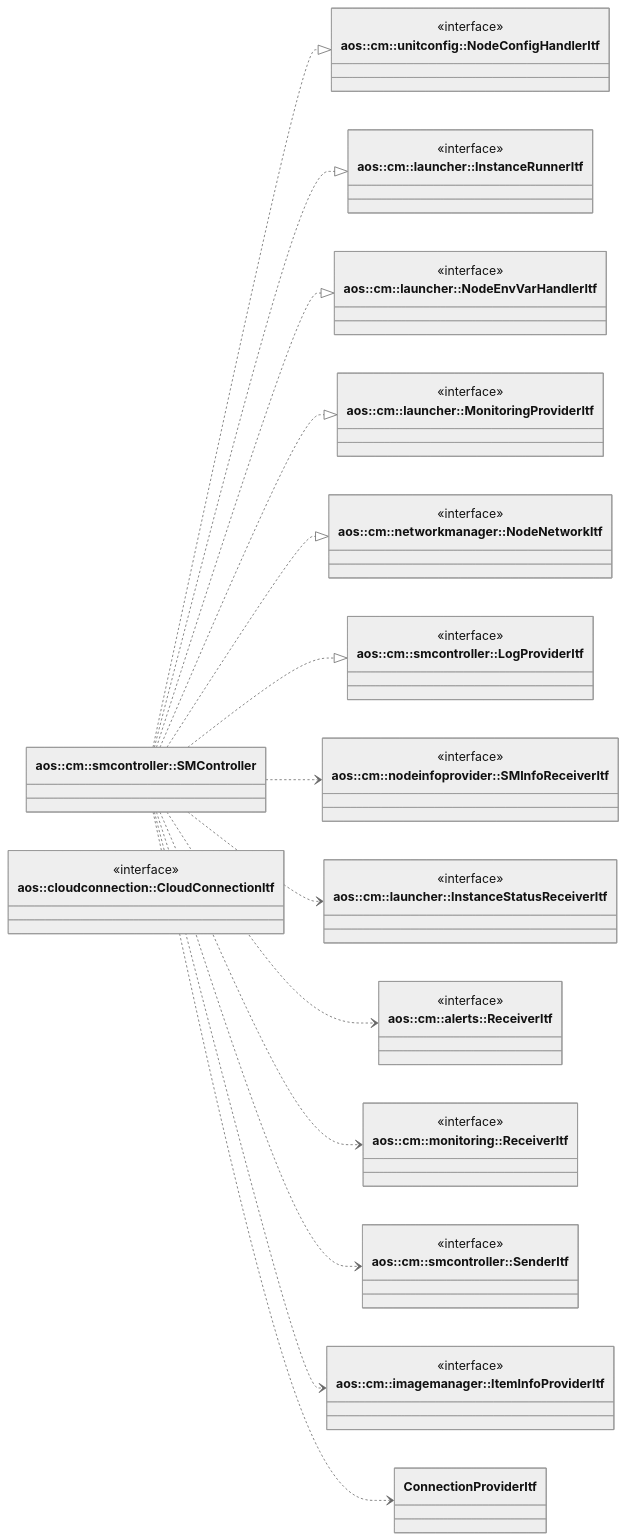
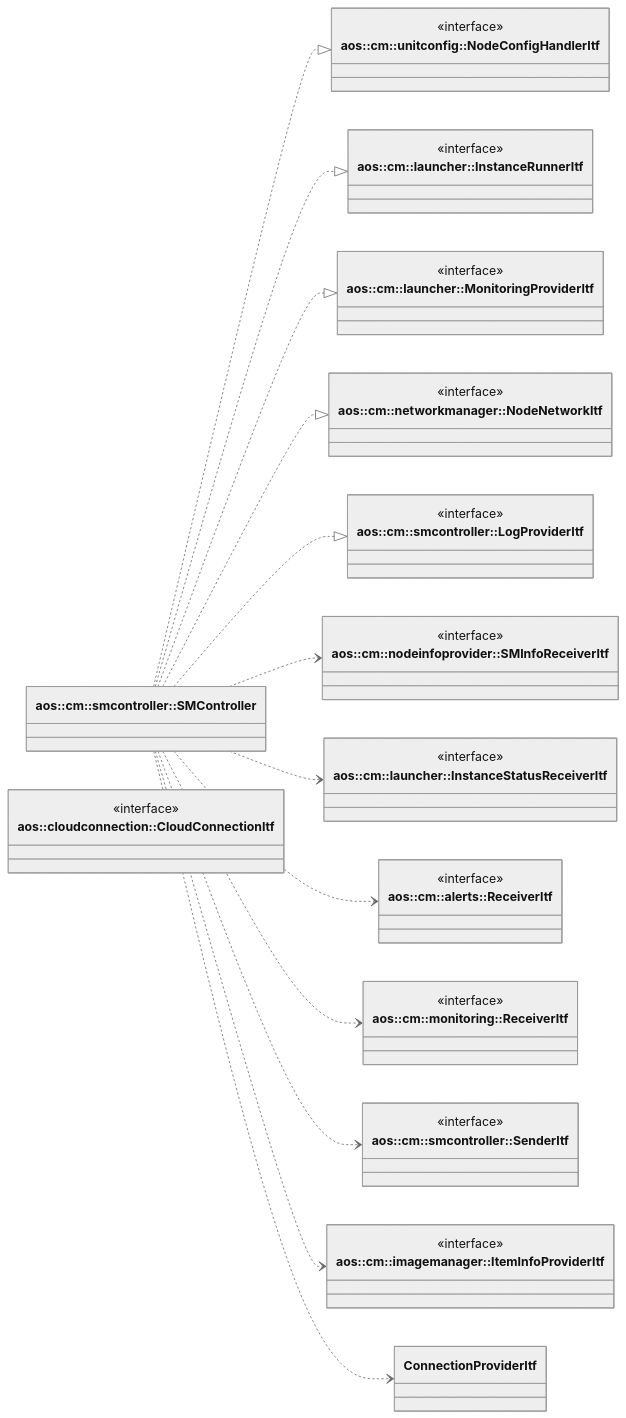
Before and after one commit to aosedge/aos_core_lib_cpp: the diagram in src/core/cm/smcontroller/smcontroller.md, drawn with Mermaid (neutral theme). The commit also changed other lines of this file and 3 other files, not shown here.

First line of the commit message:
cm: launcher: remove NodeEnvVarHandlerItf

````diff
--- a/src/core/cm/smcontroller/smcontroller.md
+++ b/src/core/cm/smcontroller/smcontroller.md
@@ -28,74 +26,69 @@
 ```mermaid
 classDiagram
     direction LR
 
     class SMController["aos::cm::smcontroller::SMController"] {
     }
 
     class NodeConfigHandlerItf["aos::cm::unitconfig::NodeConfigHandlerItf"] {
         <<interface>>
     }
 
     class InstanceRunnerItf["aos::cm::launcher::InstanceRunnerItf"] {
-        <<interface>>
-    }
-
-    class NodeEnvVarHandlerItf["aos::cm::launcher::NodeEnvVarHandlerItf"] {
         <<interface>>
     }
 
     class MonitoringProviderItf["aos::cm::launcher::MonitoringProviderItf"] {
         <<interface>>
     }
 
     class NodeNetworkItf["aos::cm::networkmanager::NodeNetworkItf"] {
         <<interface>>
     }
 
     class LogProviderItf["aos::cm::smcontroller::LogProviderItf"] {
         <<interface>>
     }
 
     class SMInfoReceiverItf["aos::cm::nodeinfoprovider::SMInfoReceiverItf"] {
         <<interface>>
     }
 
     class InstanceStatusReceiverItf["aos::cm::launcher::InstanceStatusReceiverItf"] {
         <<interface>>
     }
 
     class AlertsReceiverItf["aos::cm::alerts::ReceiverItf"] {
         <<interface>>
     }
 
     class MonitoringReceiverItf["aos::cm::monitoring::ReceiverItf"] {
         <<interface>>
     }
 
     class SenderItf ["aos::cm::smcontroller::SenderItf"] {
         <<interface>>
     }
 
     class ItemInfoProviderItf ["aos::cm::imagemanager::ItemInfoProviderItf"] {
         <<interface>>
     }
 
     class CloudConnectionItf ["aos::cloudconnection::CloudConnectionItf"] {
         <<interface>>
     }
 
     SMController ..|> NodeConfigHandlerItf
     SMController ..|> InstanceRunnerItf
-    SMController ..|> NodeEnvVarHandlerItf
     SMController ..|> MonitoringProviderItf
     SMController ..|> NodeNetworkItf
     SMController ..|> LogProviderItf
 
     SMController ..> SMInfoReceiverItf
     SMController ..> InstanceStatusReceiverItf
     SMController ..> AlertsReceiverItf
     SMController ..> MonitoringReceiverItf
     SMController ..> SenderItf
     SMController ..> ItemInfoProviderItf
     SMController ..> ConnectionProviderItf
 ```
````
